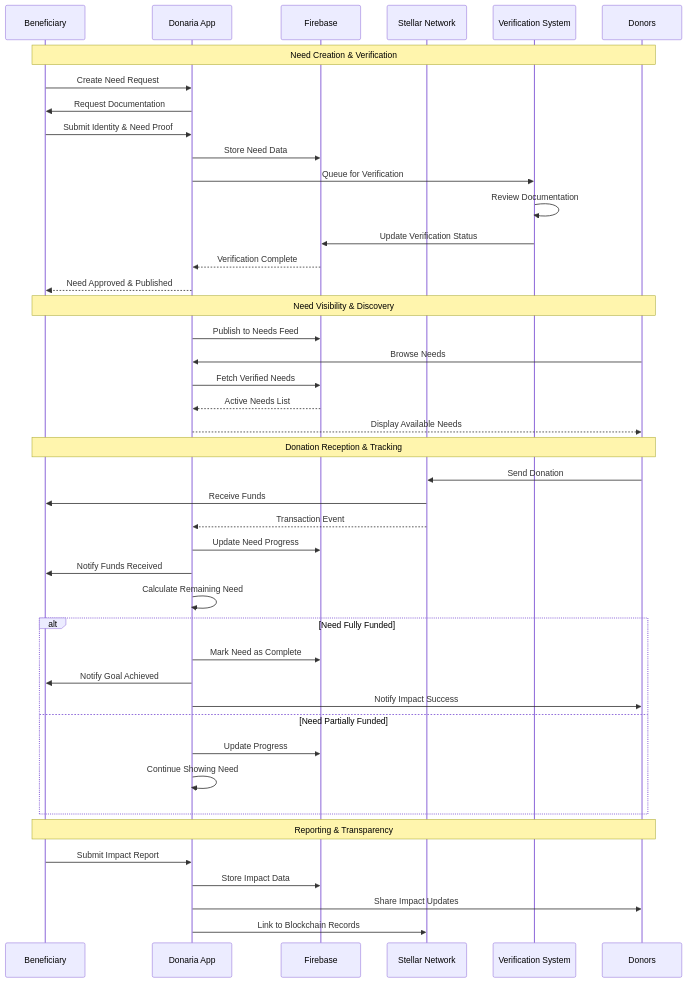
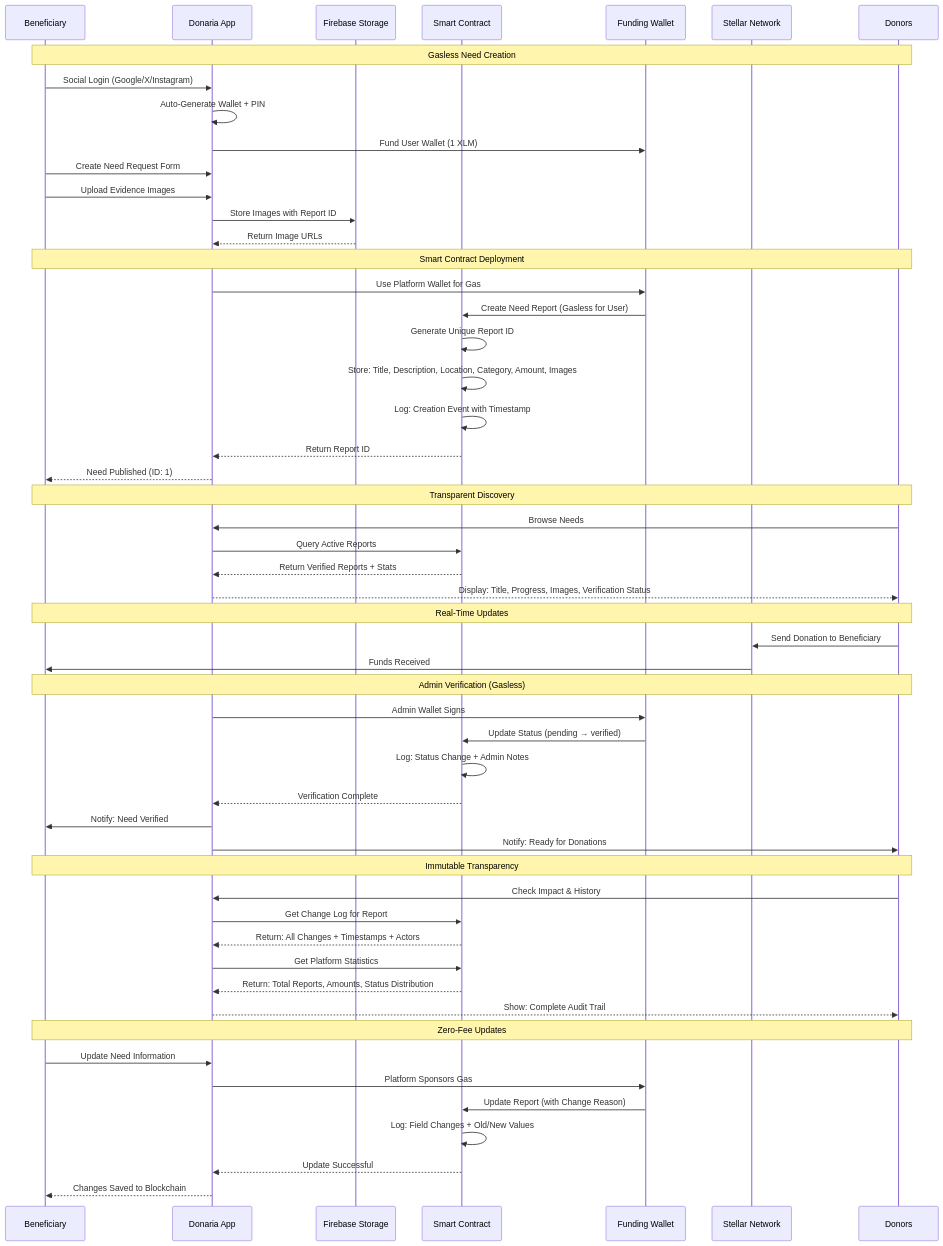
Before and after one commit to JulioMCruz/Donaria: the third of 4 diagrams in README.md, drawn with Mermaid. The commit also changed other lines of this file and 20 other files, not shown here.

Commit message:
soroban smart contract for need-reports

````diff
--- a/README.md
+++ b/README.md
@@ -194,50 +239,63 @@
 ```mermaid
 sequenceDiagram
     participant B as Beneficiary
     participant DA as Donaria App
-    participant FB as Firebase
+    participant FB as Firebase Storage
+    participant SC as Smart Contract
+    participant FW as Funding Wallet
     participant ST as Stellar Network
-    participant V as Verification System
     participant D as Donors
     
-    Note over B,D: Need Creation & Verification
-    B->>DA: Create Need Request
-    DA->>B: Request Documentation
-    B->>DA: Submit Identity & Need Proof
-    DA->>FB: Store Need Data
-    DA->>V: Queue for Verification
-    V->>V: Review Documentation
-    V->>FB: Update Verification Status
-    FB-->>DA: Verification Complete
-    DA-->>B: Need Approved & Published
+    Note over B,D: Gasless Need Creation
+    B->>DA: Social Login (Google/X/Instagram)
+    DA->>DA: Auto-Generate Wallet + PIN
+    DA->>FW: Fund User Wallet (1 XLM)
     
-    Note over B,D: Need Visibility & Discovery
-    DA->>FB: Publish to Needs Feed
+    B->>DA: Create Need Request Form
+    B->>DA: Upload Evidence Images
+    DA->>FB: Store Images with Report ID
+    FB-->>DA: Return Image URLs
+    
+    Note over B,D: Smart Contract Deployment
+    DA->>FW: Use Platform Wallet for Gas
+    FW->>SC: Create Need Report (Gasless for User)
+    SC->>SC: Generate Unique Report ID
+    SC->>SC: Store: Title, Description, Location, Category, Amount, Images
+    SC->>SC: Log: Creation Event with Timestamp
+    SC-->>DA: Return Report ID
+    DA-->>B: Need Published (ID: 1)
+    
+    Note over B,D: Transparent Discovery
     D->>DA: Browse Needs
-    DA->>FB: Fetch Verified Needs
-    FB-->>DA: Active Needs List
-    DA-->>D: Display Available Needs
+    DA->>SC: Query Active Reports
+    SC-->>DA: Return Verified Reports + Stats
+    DA-->>D: Display: Title, Progress, Images, Verification Status
     
-    Note over B,D: Donation Reception & Tracking
-    D->>ST: Send Donation
-    ST->>B: Receive Funds
-    ST-->>DA: Transaction Event
-    DA->>FB: Update Need Progress
-    DA->>B: Notify Funds Received
-    DA->>DA: Calculate Remaining Need
+    Note over B,D: Real-Time Updates
+    D->>ST: Send Donation to Beneficiary
+    ST->>B: Funds Received
     
-    alt Need Fully Funded
-        DA->>FB: Mark Need as Complete
-        DA->>B: Notify Goal Achieved
-        DA->>D: Notify Impact Success
-    else Need Partially Funded
-        DA->>FB: Update Progress
-        DA->>DA: Continue Showing Need
-    end
+    Note over B,D: Admin Verification (Gasless)
+    DA->>FW: Admin Wallet Signs
+    FW->>SC: Update Status (pending → verified)
+    SC->>SC: Log: Status Change + Admin Notes
+    SC-->>DA: Verification Complete
+    DA->>B: Notify: Need Verified
+    DA->>D: Notify: Ready for Donations
     
-    Note over B,D: Reporting & Transparency
-    B->>DA: Submit Impact Report
-    DA->>FB: Store Impact Data
-    DA->>D: Share Impact Updates
-    DA->>ST: Link to Blockchain Records
+    Note over B,D: Immutable Transparency
+    D->>DA: Check Impact & History
+    DA->>SC: Get Change Log for Report
+    SC-->>DA: Return: All Changes + Timestamps + Actors
+    DA->>SC: Get Platform Statistics
+    SC-->>DA: Return: Total Reports, Amounts, Status Distribution
+    DA-->>D: Show: Complete Audit Trail
+    
+    Note over B,D: Zero-Fee Updates
+    B->>DA: Update Need Information
+    DA->>FW: Platform Sponsors Gas
+    FW->>SC: Update Report (with Change Reason)
+    SC->>SC: Log: Field Changes + Old/New Values
+    SC-->>DA: Update Successful
+    DA-->>B: Changes Saved to Blockchain
 ```
````
